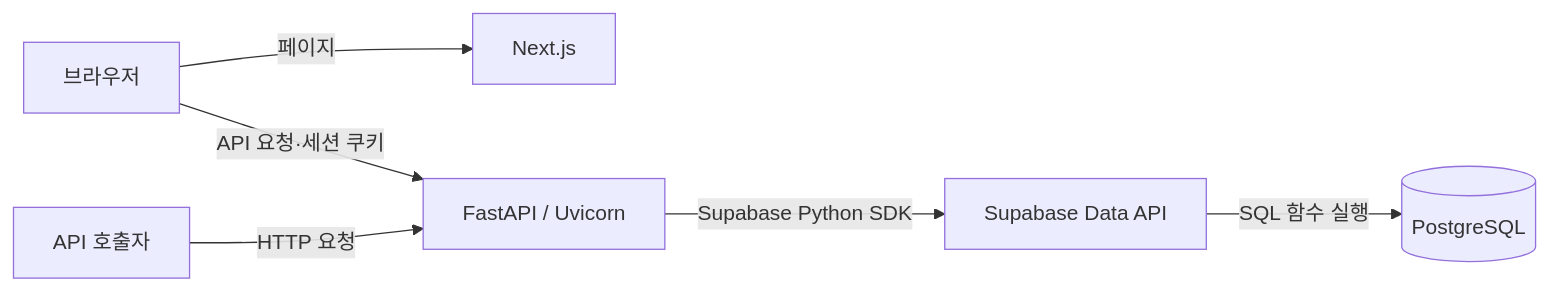
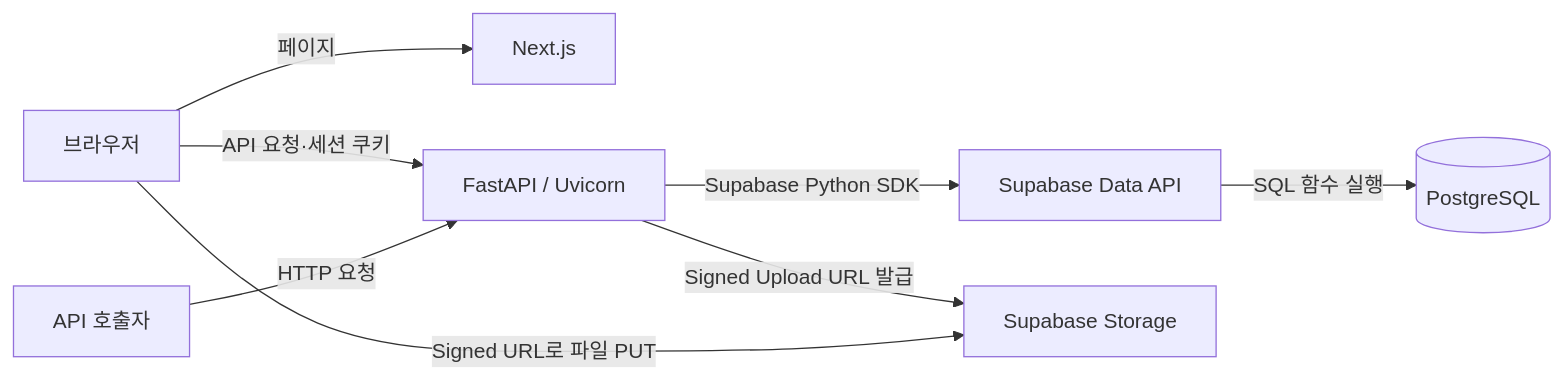
The diagram in docs/ARCHITECTURE.md (gomin-diary/gomin), drawn with Mermaid before and after one commit. The commit also changed other lines of this file and 17 other files, not shown here.

Commit message:
feat: Supabase Storage 서명 URL 기반 직접 업로드 모듈 추가 GOMIN-76

````diff
--- a/docs/ARCHITECTURE.md
+++ b/docs/ARCHITECTURE.md
@@ -62,8 +63,10 @@
 ```mermaid
 flowchart LR
     Browser[브라우저] -->|페이지| Web[Next.js]
     Browser -->|API 요청·세션 쿠키| API[FastAPI / Uvicorn]
     Caller[API 호출자] -->|HTTP 요청| API[FastAPI / Uvicorn]
     API -->|Supabase Python SDK| DataAPI[Supabase Data API]
     DataAPI -->|SQL 함수 실행| DB[(PostgreSQL)]
+    API -->|Signed Upload URL 발급| Storage[Supabase Storage]
+    Browser -->|Signed URL로 파일 PUT| Storage
 ```
````
